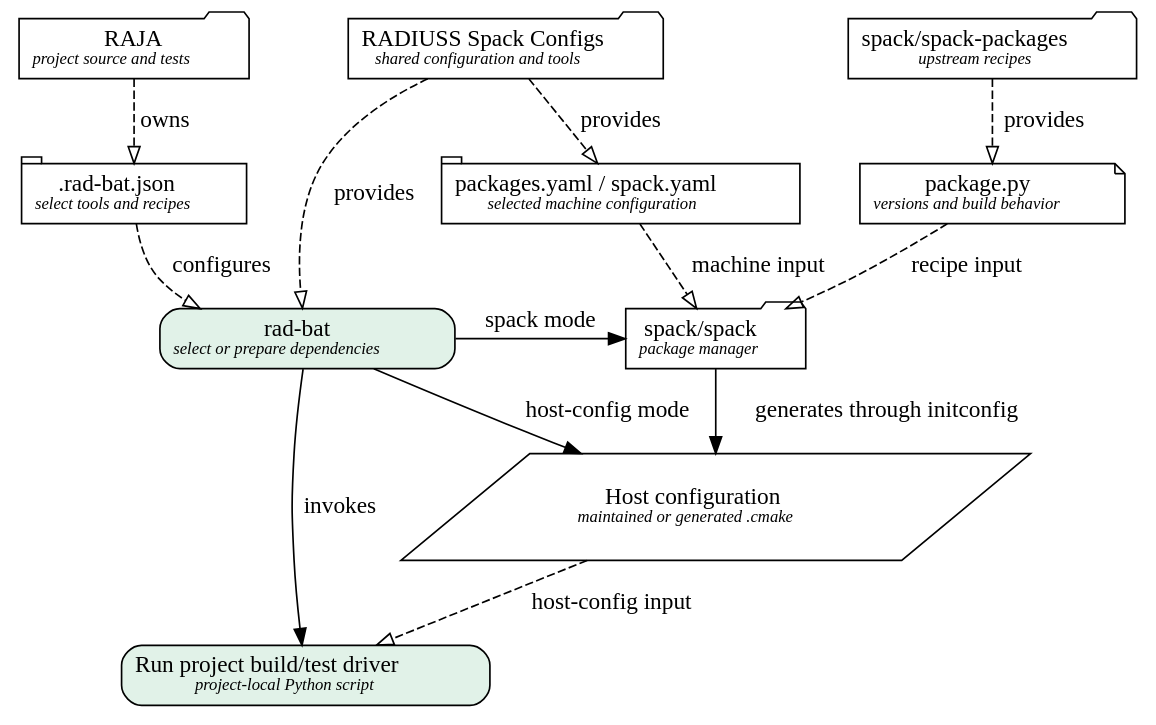
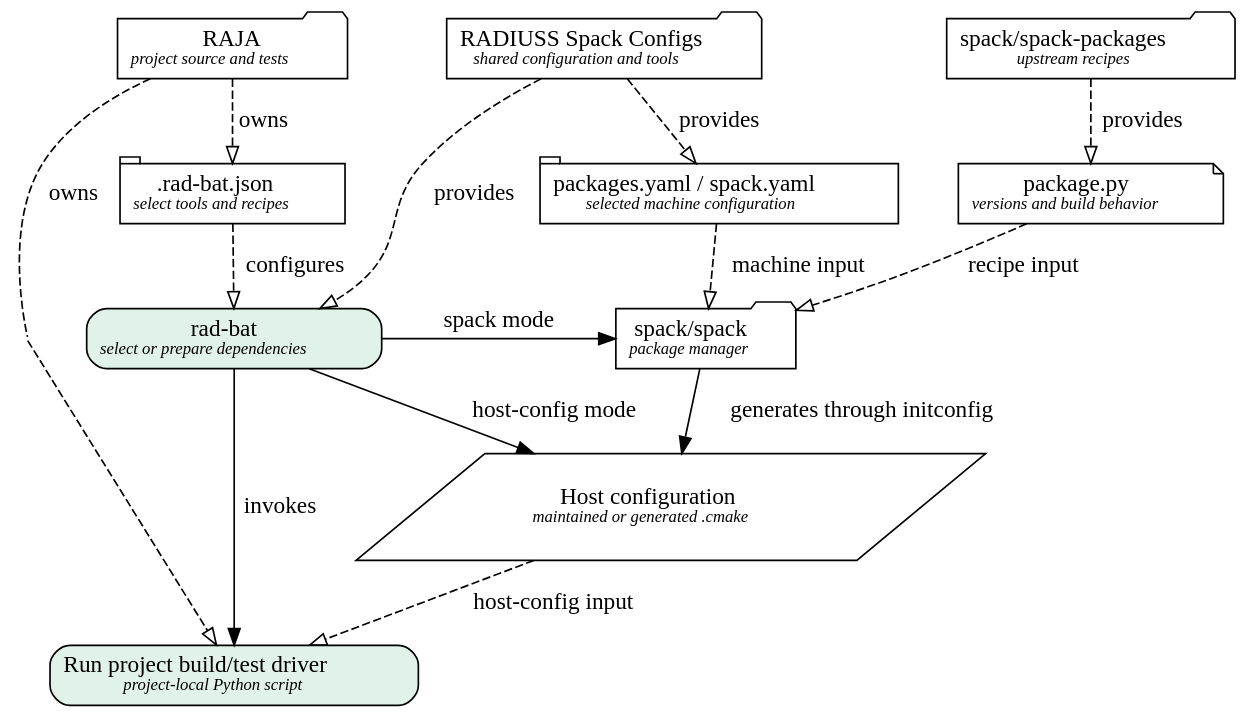
One commit to llnl/radiuss-spack-configs changed the diagram in docs/sphinx/figures/components.dot. Above: the diagram before and after it, drawn with Graphviz.

Commit message:
docs: restore project driver ownership edge

```diff
--- a/docs/sphinx/figures/components.dot
+++ b/docs/sphinx/figures/components.dot
@@ -1,82 +1,94 @@
 // SPDX-License-Identifier: MIT
 digraph components {
   rankdir=TB;
   project [
     label=<RAJA<BR/><FONT POINT-SIZE="10"><I>project source and tests</I></FONT>>,
     shape=folder,
     fillcolor="#e3edf7",
     group=project
   ];
   settings [
     label=<.rad-bat.json<BR/><FONT POINT-SIZE="10"><I>select tools and recipes</I></FONT>>,
     shape=tab,
     fillcolor="#eee8f5",
     group=project
   ];
   spack [
     label=<spack/spack<BR/><FONT POINT-SIZE="10"><I>package manager</I></FONT>>,
     shape=folder,
     fillcolor="#e3edf7",
     group=spack
   ];
   recipes [
     label=<spack/spack-packages<BR/><FONT POINT-SIZE="10"><I>upstream recipes</I></FONT>>,
     shape=folder,
     fillcolor="#e3edf7",
     group=recipes
   ];
   recipe [
     label=<package.py<BR/><FONT POINT-SIZE="10"><I>versions and build behavior</I></FONT>>,
     shape=note,
     fillcolor="#fff2cf",
     group=recipes
   ];
   configs [
     label=<RADIUSS Spack Configs<BR/><FONT POINT-SIZE="10"><I>shared configuration and tools</I></FONT>>,
     shape=folder,
     fillcolor="#e3edf7"
   ];
   machine [
     label=<packages.yaml / spack.yaml<BR/><FONT POINT-SIZE="10"><I>selected machine configuration</I></FONT>>,
     shape=tab,
     fillcolor="#eee8f5",
     group=machine
   ];
   radbat [
     label=<rad-bat<BR/><FONT POINT-SIZE="10"><I>select or prepare dependencies</I></FONT>>,
     shape=box,
     style="rounded,filled",
     fillcolor="#e1f2e8",
     group=workflow
   ];
   host [
     label=<Host configuration<BR/><FONT POINT-SIZE="10"><I>maintained or generated .cmake</I></FONT>>,
     shape=parallelogram,
     fillcolor="#dcf2f4",
     group=workflow
   ];
   driver [
     label=<Run project build/test driver<BR/><FONT POINT-SIZE="10"><I>project-local Python script</I></FONT>>,
     shape=box,
     style="rounded,filled",
     fillcolor="#e1f2e8",
     group=workflow
   ];
+  // Route project ownership around the workflow without shifting semantic nodes.
+  project_owner_route [
+    label="",
+    shape=point,
+    width=0,
+    height=0,
+    style=invis,
+    group=project
+  ];
   { rank=same; project; configs; recipes; }
   { rank=same; settings; machine; recipe; }
-  { rank=same; radbat; spack; }
+  { rank=same; project_owner_route; radbat; spack; }
   project -> configs -> recipes [style=invis, weight=100];
   settings -> machine -> recipe [style=invis, weight=100];
   project -> settings [style=dashed, arrowhead=empty, label="owns", weight=100];
+  project -> project_owner_route [style=dashed, arrowhead=none, label="owns", weight=100];
+  project_owner_route -> driver [style=dashed, arrowhead=empty];
+  project_owner_route -> radbat [style=invis, weight=100];
   settings -> radbat [style=dashed, arrowhead=empty, label="configures"];
   recipes -> recipe [style=dashed, arrowhead=empty, label="provides", weight=100];
   configs -> machine [style=dashed, arrowhead=empty, label="provides", weight=10];
   configs -> radbat [style=dashed, arrowhead=empty, label="provides", weight=10];
   recipe -> spack [style=dashed, arrowhead=empty, label="recipe input"];
   machine -> spack [style=dashed, arrowhead=empty, label="machine input"];
   radbat -> spack [label="spack mode"];
   radbat -> host [label="host-config mode"];
   spack -> host [label="generates through initconfig"];
-  radbat -> driver [label="invokes"];
+  radbat -> driver [label="invokes", weight=10];
   host -> driver [style=dashed, arrowhead=empty, label="host-config input"];
 }
```
